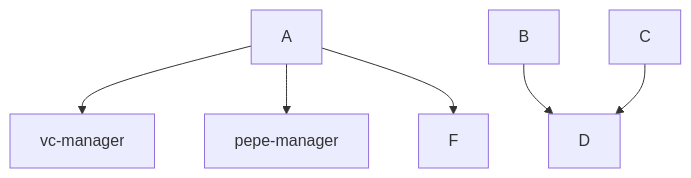
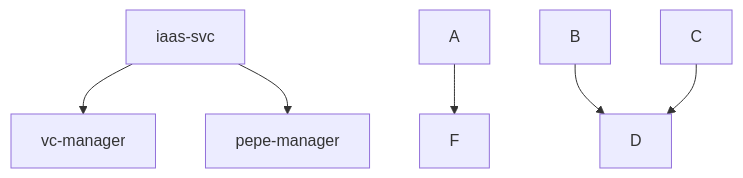
Before and after one commit to jorgegithub/dotfiles: the diagram in README.md, drawn with Mermaid.

````diff
--- a/README.md
+++ b/README.md
@@ -1,8 +1,8 @@
 ```mermaid
 graph TD;
-    A-->vc-manager;
-    A-->pepe-manager;
+    iaas-svc-->vc-manager;
+    iaas-svc-->pepe-manager;
     A-->F;
     B-->D;
     C-->D;
 ```
````
